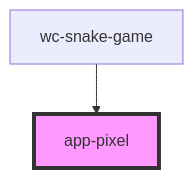
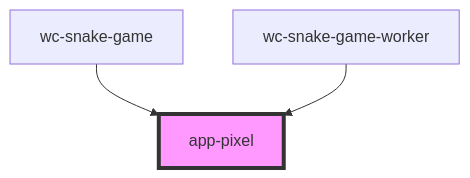
Before and after one commit to shprink/wc-snake-game: the diagram in src/components/app-pixel/readme.md, drawn with Mermaid. The commit also changed other lines of this file and 18 other files, not shown here.

````diff
--- a/src/components/app-pixel/readme.md
+++ b/src/components/app-pixel/readme.md
@@ -22,5 +23,6 @@
 ```mermaid
 graph TD;
   wc-snake-game --> app-pixel
+  wc-snake-game-worker --> app-pixel
   style app-pixel fill:#f9f,stroke:#333,stroke-width:4px
 ```
````
